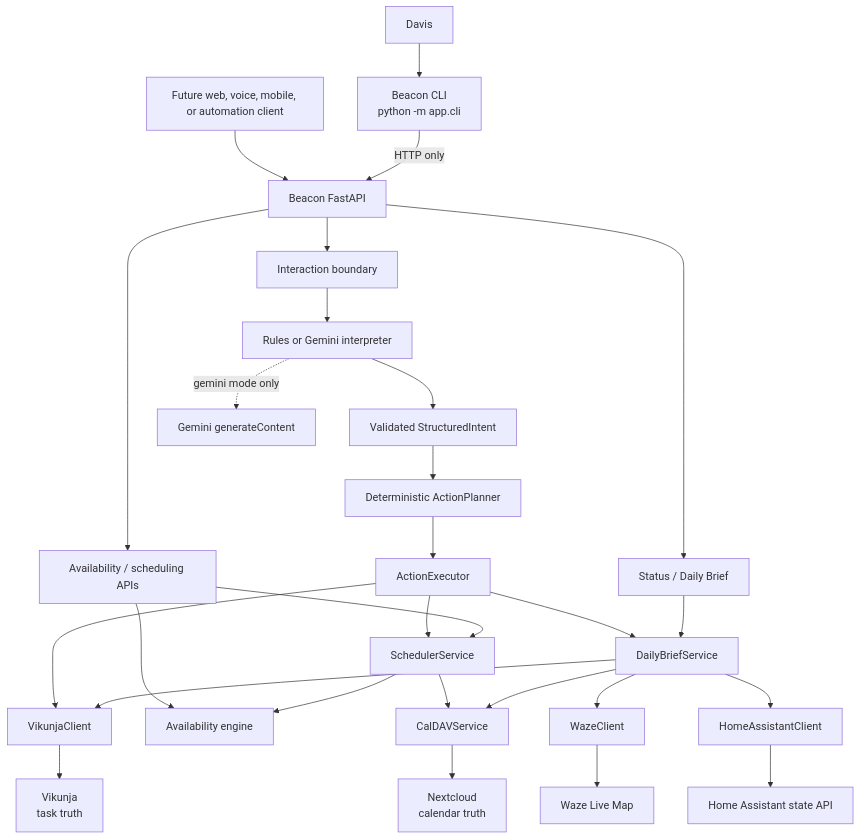
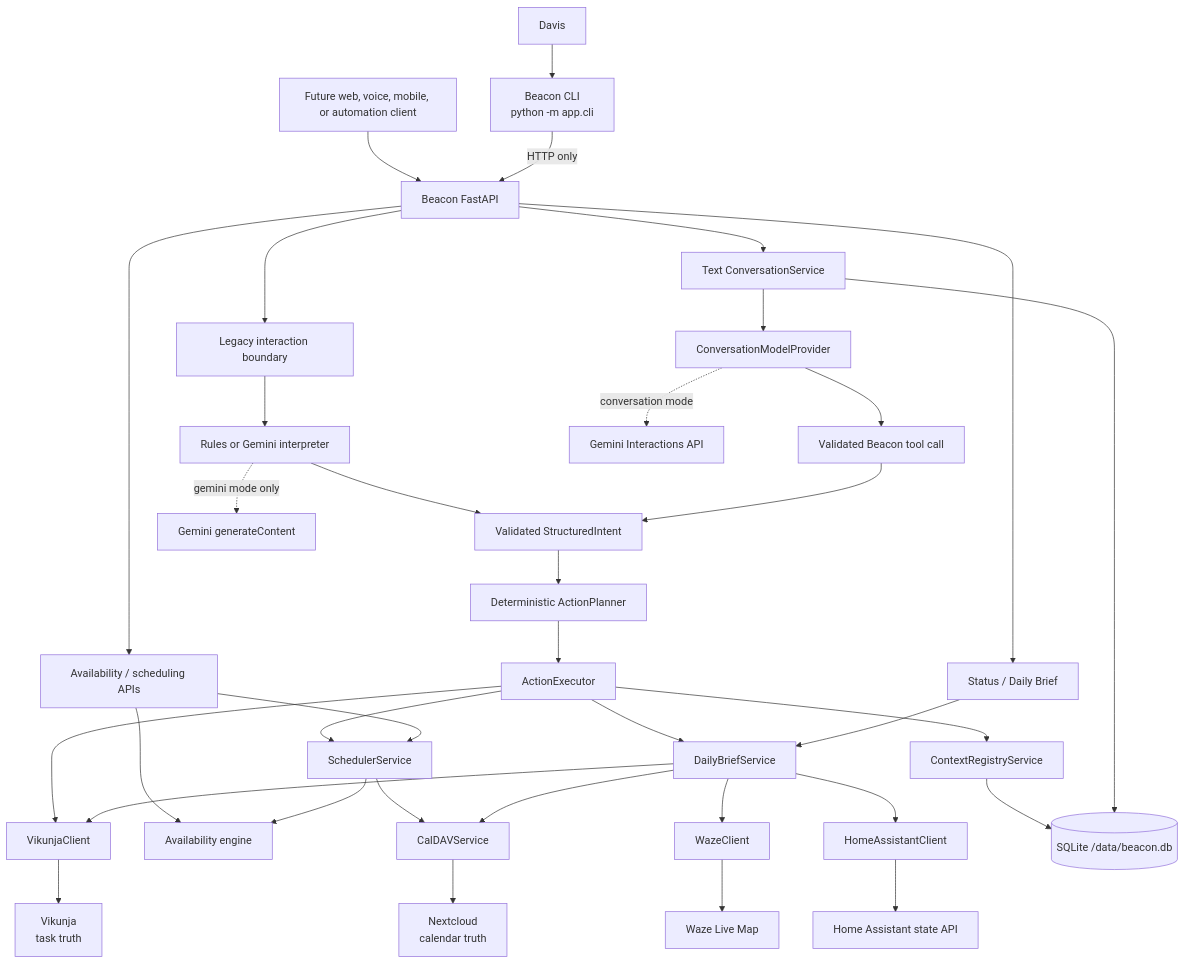
Before and after one commit to daviswmiller057/beacon-api: the diagram in docs/architecture.md, drawn with Mermaid. The commit also changed other lines of this file and 41 other files, not shown here.

````diff
--- a/docs/architecture.md
+++ b/docs/architecture.md
@@ -15,35 +15,43 @@
 ```mermaid
 flowchart TD
     User["Davis"] --> CLI["Beacon CLI\npython -m app.cli"]
     Other["Future web, voice, mobile, or automation client"] --> API
     CLI -->|"HTTP only"| API["Beacon FastAPI"]
 
-    API --> INT["Interaction boundary"]
+    API --> INT["Legacy interaction boundary"]
+    API --> CONV["Text ConversationService"]
     API --> READ["Status / Daily Brief"]
     API --> LOW["Availability / scheduling APIs"]
 
     INT --> IP["Rules or Gemini interpreter"]
     IP --> SI["Validated StructuredIntent"]
+    CONV --> CP["ConversationModelProvider"]
+    CP --> TC["Validated Beacon tool call"]
+    TC --> SI
     SI --> PLAN["Deterministic ActionPlanner"]
     PLAN --> EXEC["ActionExecutor"]
 
     EXEC --> V["VikunjaClient"]
     EXEC --> S["SchedulerService"]
     EXEC --> DB["DailyBriefService"]
+    EXEC --> CR["ContextRegistryService"]
     LOW --> S
     LOW --> AV["Availability engine"]
     READ --> DB
 
     S --> AV
     S --> C["CalDAVService"]
     DB --> C
     DB --> V
     DB --> W["WazeClient"]
     DB --> HA["HomeAssistantClient"]
 
     V --> VT["Vikunja\ntask truth"]
     C --> NC["Nextcloud\ncalendar truth"]
     W --> WZ["Waze Live Map"]
     HA --> HAS["Home Assistant state API"]
     IP -. "gemini mode only" .-> G["Gemini generateContent"]
+    CP -. "conversation mode" .-> GI["Gemini Interactions API"]
+    CR --> SQL[("SQLite /data/beacon.db")]
+    CONV --> SQL
 ```
````
